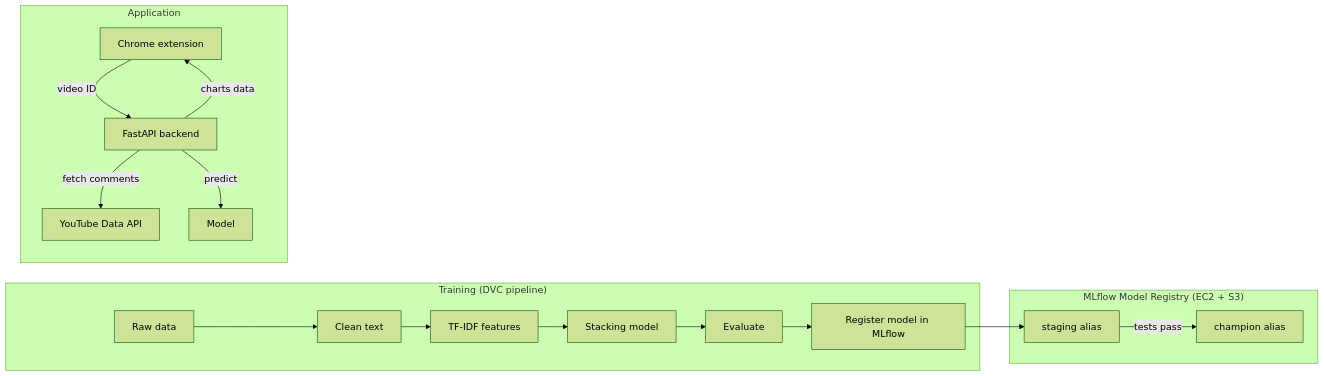
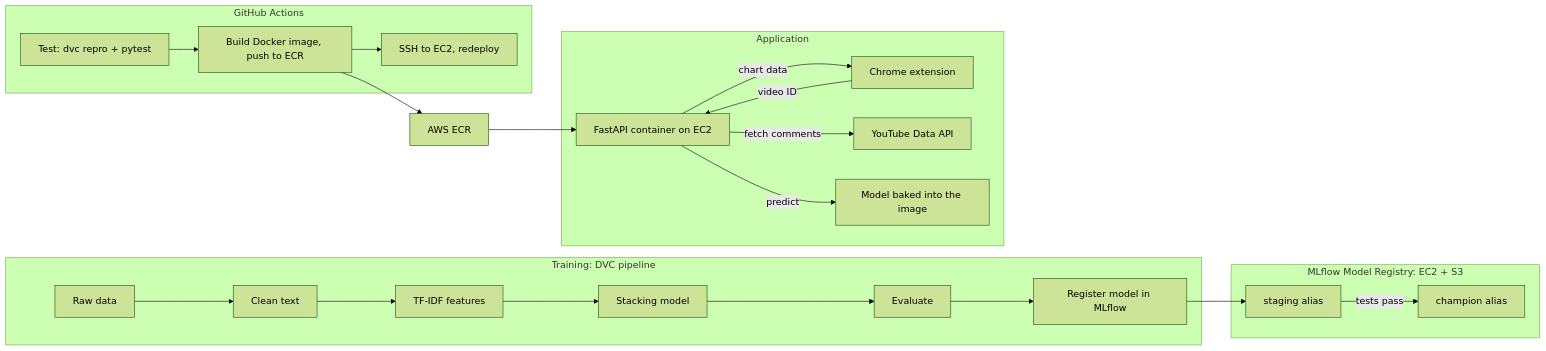
The diagram in README.md (MansiBramta/yt-comment_sentiment_analysis), drawn with Mermaid (forest theme) before and after one commit. The commit also changed other lines of this file, not shown here.

Commit message:
Update README for Docker, ECR and auto-deploy

````diff
--- a/README.md
+++ b/README.md
@@ -31,19 +31,26 @@
 ```mermaid
 flowchart LR
-    subgraph Training["Training (DVC pipeline)"]
-        A[Raw data] --> B[Clean text] --> C[TF-IDF features] --> D[Stacking model] --> E[Evaluate]
-        E --> F[Register model in MLflow]
+    subgraph Training["Training: DVC pipeline"]
+        A["Raw data"] --> B["Clean text"] --> C["TF-IDF features"] --> D["Stacking model"] --> E["Evaluate"]
+        E --> F["Register model in MLflow"]
     end
 
-    subgraph Registry["MLflow Model Registry (EC2 + S3)"]
+    subgraph Registry["MLflow Model Registry: EC2 + S3"]
         F --> G["staging alias"]
         G -->|tests pass| H["champion alias"]
     end
 
+    subgraph CICD["GitHub Actions"]
+        T["Test: dvc repro + pytest"] --> BP["Build Docker image, push to ECR"] --> DP["SSH to EC2, redeploy"]
+    end
+
     subgraph App["Application"]
-        X[Chrome extension] -->|video ID| Y[FastAPI backend]
-        Y -->|fetch comments| Z[YouTube Data API]
-        Y -->|predict| M[Model]
-        Y -->|charts data| X
+        X["Chrome extension"] -->|video ID| Y["FastAPI container on EC2"]
+        Y -->|fetch comments| Z["YouTube Data API"]
+        Y -->|predict| M["Model baked into the image"]
+        Y -->|chart data| X
     end
+
+    BP --> ECR["AWS ECR"]
+    ECR --> Y
 ```
````
